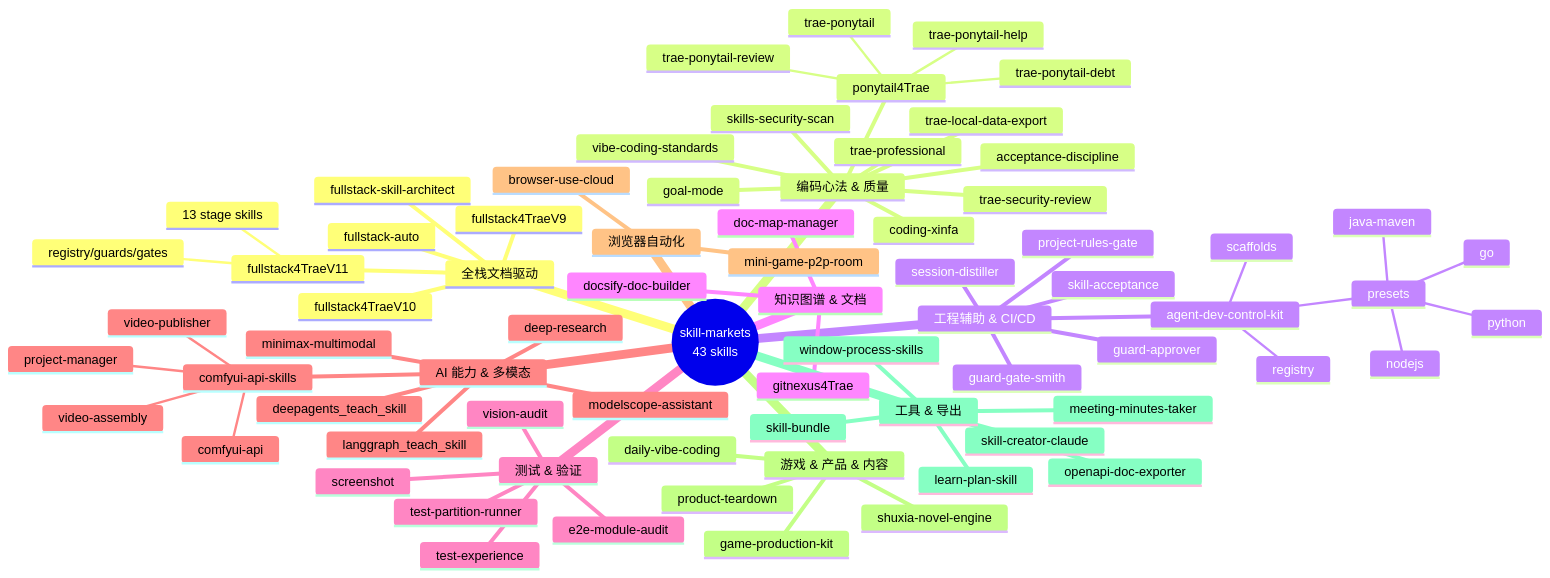
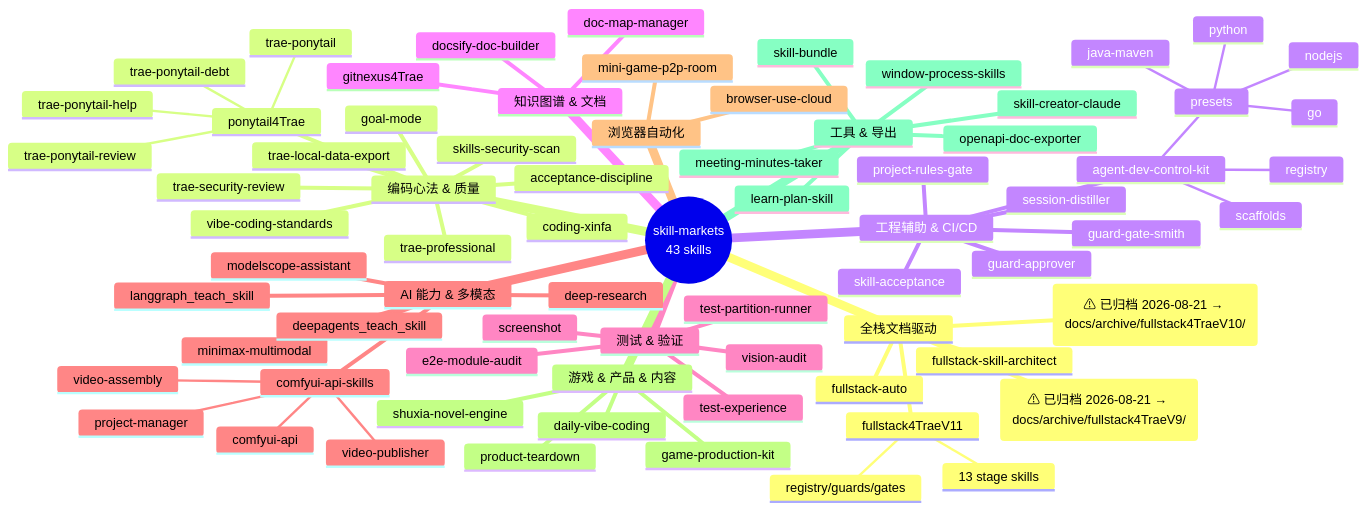
One commit to monsterbude123/my-trae-helper changed the second of 4 diagrams in README.md. Above: the diagram before and after it, drawn with Mermaid. The commit also changed 264 other files, not shown here.

````diff
--- a/README.md
+++ b/README.md
@@ -158,76 +158,76 @@
 ```mermaid
 mindmap
   root((skill-markets<br/>43 skills))
     全栈文档驱动
       fullstack4TraeV11
         13 stage skills
         registry/guards/gates
-      fullstack4TraeV10
-      fullstack4TraeV9
+      fullstack4TraeV10 (⚠ 已归档 2026-08-21 → docs/archive/fullstack4TraeV10/)
+      fullstack4TraeV9 (⚠ 已归档 2026-08-21 → docs/archive/fullstack4TraeV9/)
       fullstack-skill-architect
       fullstack-auto
     编码心法 & 质量
       coding-xinfa
       ponytail4Trae
         trae-ponytail
         trae-ponytail-debt
         trae-ponytail-help
         trae-ponytail-review
       trae-professional
       trae-local-data-export
       trae-security-review
       skills-security-scan
       acceptance-discipline
       goal-mode
       vibe-coding-standards
     工程辅助 & CI/CD
       agent-dev-control-kit
         presets
           nodejs
           python
           go
           java-maven
         scaffolds
         registry
       guard-gate-smith
       guard-approver
       skill-acceptance
       project-rules-gate
       session-distiller
     知识图谱 & 文档
       gitnexus4Trae
       doc-map-manager
       docsify-doc-builder
     测试 & 验证
       test-experience
       test-partition-runner
       e2e-module-audit
       vision-audit
       screenshot
     AI 能力 & 多模态
       minimax-multimodal
       comfyui-api-skills
         comfyui-api
         project-manager
         video-assembly
         video-publisher
       modelscope-assistant
       langgraph_teach_skill
       deepagents_teach_skill
       deep-research
     浏览器自动化
       browser-use-cloud
       mini-game-p2p-room
     游戏 & 产品 & 内容
       game-production-kit
       product-teardown
       shuxia-novel-engine
       daily-vibe-coding
     工具 & 导出
       openapi-doc-exporter
       meeting-minutes-taker
       window-process-skills
       skill-bundle
       skill-creator-claude
       learn-plan-skill
 ```
````
